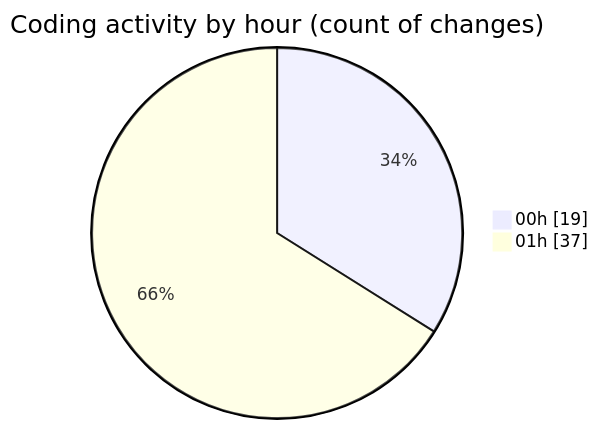
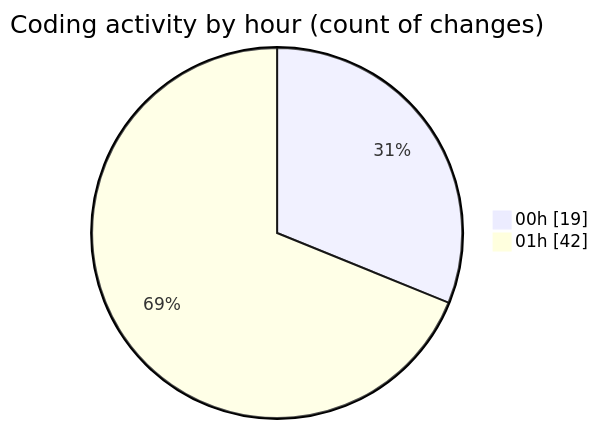
One commit to momahboobian/code-tracking changed the second of 2 diagrams in 2025-02-23/pdf-analysis-app/README.md. Above: the diagram before and after it, drawn with Mermaid. The commit also changed other lines of this file and 1 other file, not shown here.

````diff
--- a/2025-02-23/pdf-analysis-app/README.md
+++ b/2025-02-23/pdf-analysis-app/README.md
@@ -40,6 +40,6 @@
 ```mermaid
 pie showData
 title Coding activity by hour (count of changes)
 "00h" : 19
-"01h" : 37
+"01h" : 42
 ```
````
